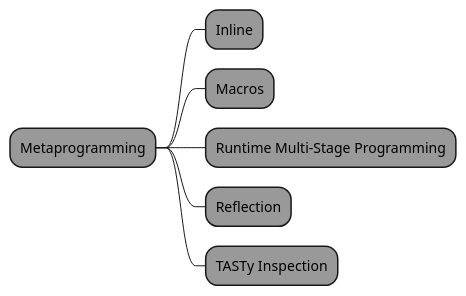
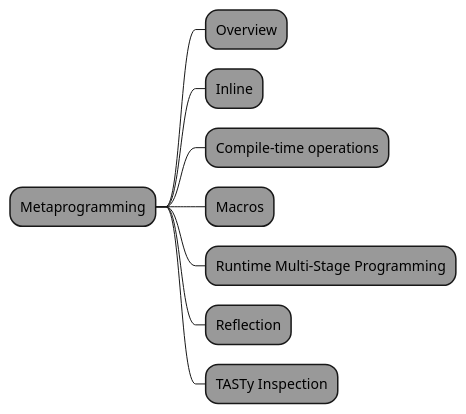
One commit to shinharad/getting-started-with-scala3 changed the fifth of 8 diagrams in docs/step01/03_Referenceを俯瞰してみる.md. Above: the diagram before and after it, drawn with PlantUML. The commit also changed 3 other files, not shown here.

````diff
--- a/docs/step01/03_Referenceを俯瞰してみる.md
+++ b/docs/step01/03_Referenceを俯瞰してみる.md
@@ -104,10 +104,12 @@
 ```plantuml
 @startmindmap
 *[#999] Metaprogramming
+**[#999] Overview
 **[#999] Inline
+**[#999] Compile-time operations
 **[#999] Macros
 **[#999] Runtime Multi-Stage Programming
 **[#999] Reflection
 **[#999] TASTy Inspection
 @endmindmap
 ```
````
